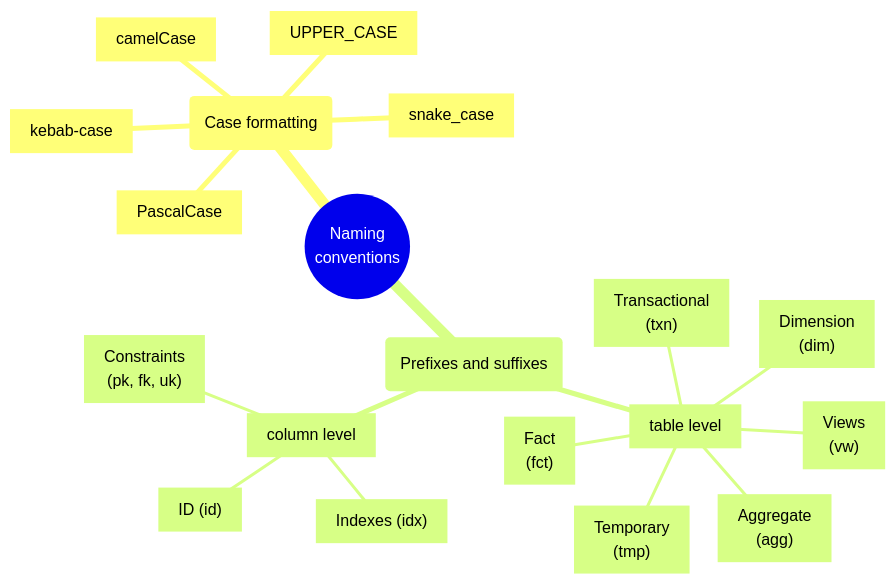
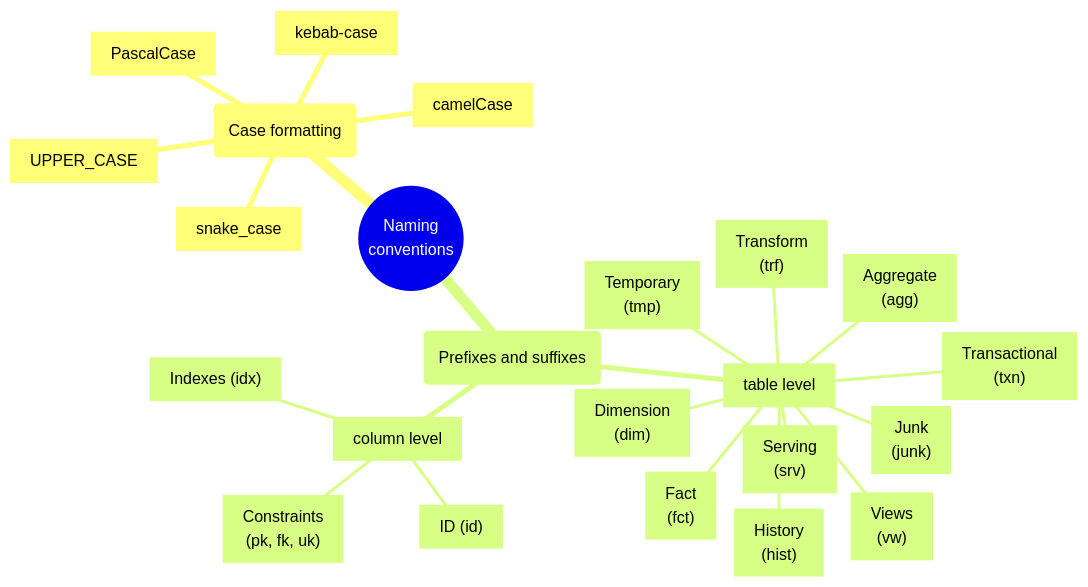
One commit to bluebirz/data-pipeline-checklist changed the fourth of 4 diagrams in README.md. Above: the diagram before and after it, drawn with Mermaid. The commit also changed other lines of this file, not shown here.

````diff
--- a/README.md
+++ b/README.md
@@ -199,22 +199,26 @@
 ```mermaid
 mindmap
   root((Naming<br/>conventions))
     (Case formatting)
       [snake_case]
       [kebab-case]
       [camelCase]
       [PascalCase]
       [UPPER_CASE]
     (Prefixes and suffixes)
       [table level] 
         [Fact<br>&lpar;fct&rpar;]
         [Dimension<br>&lpar;dim&rpar;]
         [Transactional<br>&lpar;txn&rpar;]
         [Aggregate<br>&lpar;agg&rpar;]
         [Temporary<br>&lpar;tmp&rpar;]
         [Views<br>&lpar;vw&rpar;]
+        [History<br>&lpar;hist&rpar;]
+        [Transform<br>&lpar;trf&rpar;]
+        [Serving<br>&lpar;srv&rpar;]
+        [Junk<br>&lpar;junk&rpar;]
       [column level]
         [ID &lpar;id&rpar;]
         [Indexes &lpar;idx&rpar;]
         [Constraints<br>&lpar;pk, fk, uk&rpar;]
 ```
````
